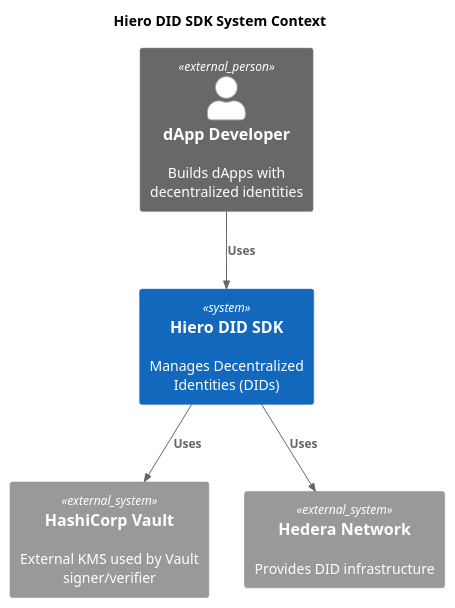
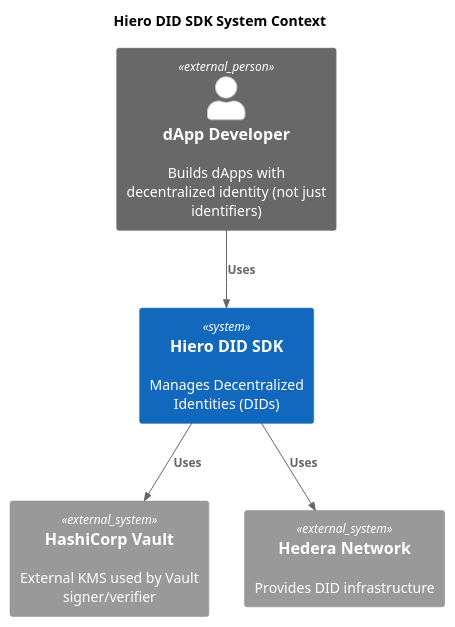
One commit to hiero-ledger/hiero-did-sdk-js changed the diagram in docs/modules/ROOT/pages/02-design/diagrams/system-context-diagram.puml. Above: the diagram before and after it, drawn with PlantUML. The commit also changed 35 other files, not shown here.

```diff
--- a/docs/modules/ROOT/pages/02-design/diagrams/system-context-diagram.puml
+++ b/docs/modules/ROOT/pages/02-design/diagrams/system-context-diagram.puml
@@ -1,18 +1,18 @@
 @startuml
 !include https://raw.githubusercontent.com/plantuml-stdlib/C4-PlantUML/master/C4_Context.puml
 
 title Hiero DID SDK System Context
 
-Person_Ext(developer, "dApp Developer", "Builds dApps with decentralized identities")
+Person_Ext(developer, "dApp Developer", "Builds dApps with decentralized identity (not just identifiers)")
 
 System(sdk, "Hiero DID SDK", "Manages Decentralized Identities (DIDs)")
 
 System_Ext(hashicorp, "HashiCorp Vault", "External KMS used by Vault signer/verifier")
 
 System_Ext(hedera, "Hedera Network", "Provides DID infrastructure")
 
 Rel(developer, sdk, "Uses")
 Rel(sdk, hedera, "Uses")
 Rel(sdk, hashicorp, "Uses")
 
 @enduml
```
